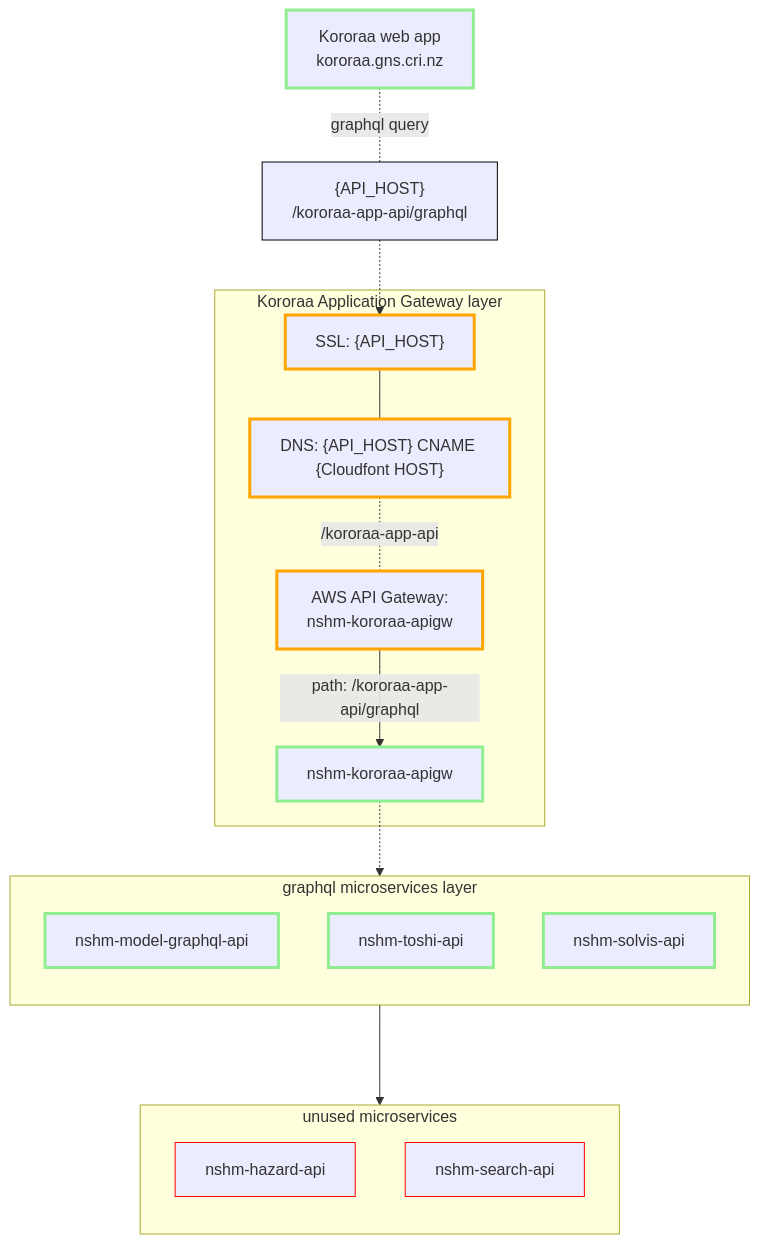
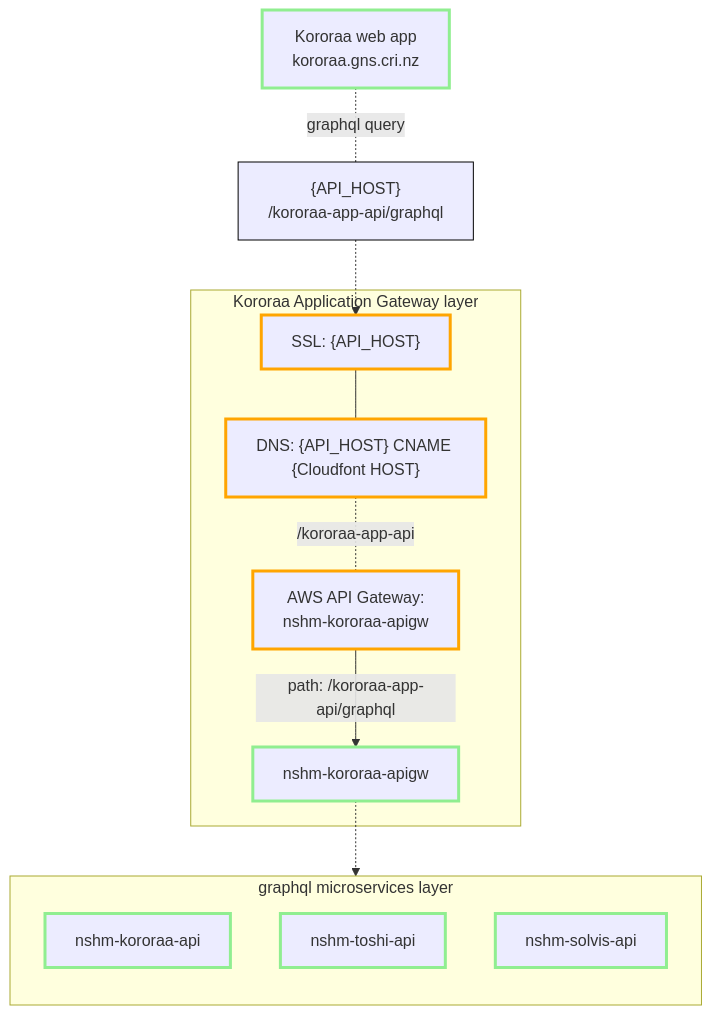
Before and after one commit to GNS-Science/nzshm-documentation: the diagram in docs/architecture/kororaa_deployment_stack.md, drawn with Mermaid. The commit also changed 22 other files, not shown here.

````diff
--- a/docs/architecture/kororaa_deployment_stack.md
+++ b/docs/architecture/kororaa_deployment_stack.md
@@ -52,55 +52,47 @@
 ```mermaid
 graph TD
     classDef nshm stroke:lightgreen, stroke-width:3px
     classDef nshm-deprecated stroke:red, stroke-width:1px
 
     classDef AWS stroke:orange, stroke-width:3px
     classDef SVC stroke:powderblue, stroke-width:3px
     classDef note stroke:black, stroke-width:1px
     
     W["Kororaa web app
         kororaa.gns.cri.nz"]:::nshm
     NB3["{API_HOST}
         /kororaa-app-api/graphql"]:::note 
 
     subgraph GW["Kororaa Application Gateway layer"]
 
         SSL["SSL: {API_HOST}"]:::AWS
         
     CF["DNS: {API_HOST} CNAME {Cloudfont HOST}"]:::AWS
 
         CF -.-|/kororaa-app-api| C
 
         C["AWS API Gateway:
         nshm-kororaa-apigw"]:::AWS
         
         F2["nshm-kororaa-apigw"]:::nshm
 
         C -->|path: /kororaa-app-api/graphql| F2
 
     end
 
     SSL --- CF
 
     W -.-|graphql query| NB3 -.-> SSL
 
     subgraph SUP["graphql microservices layer"]
         direction TB
 
-        S-API[nshm-model-graphql-api]:::nshm
+        S-API[nshm-kororaa-api]:::nshm
         T-API[nshm-toshi-api]:::nshm
         V-API[nshm-solvis-api]:::nshm
 
     end
 
-    subgraph DEP["unused microservices"]
-        direction TB
-
-        H-API[nshm-hazard-api]:::nshm-deprecated
-        Q-API[nshm-search-api]:::nshm-deprecated
-    end
-
     F2 -.-> SUP
-    SUP ---> DEP
 
 ```
````
